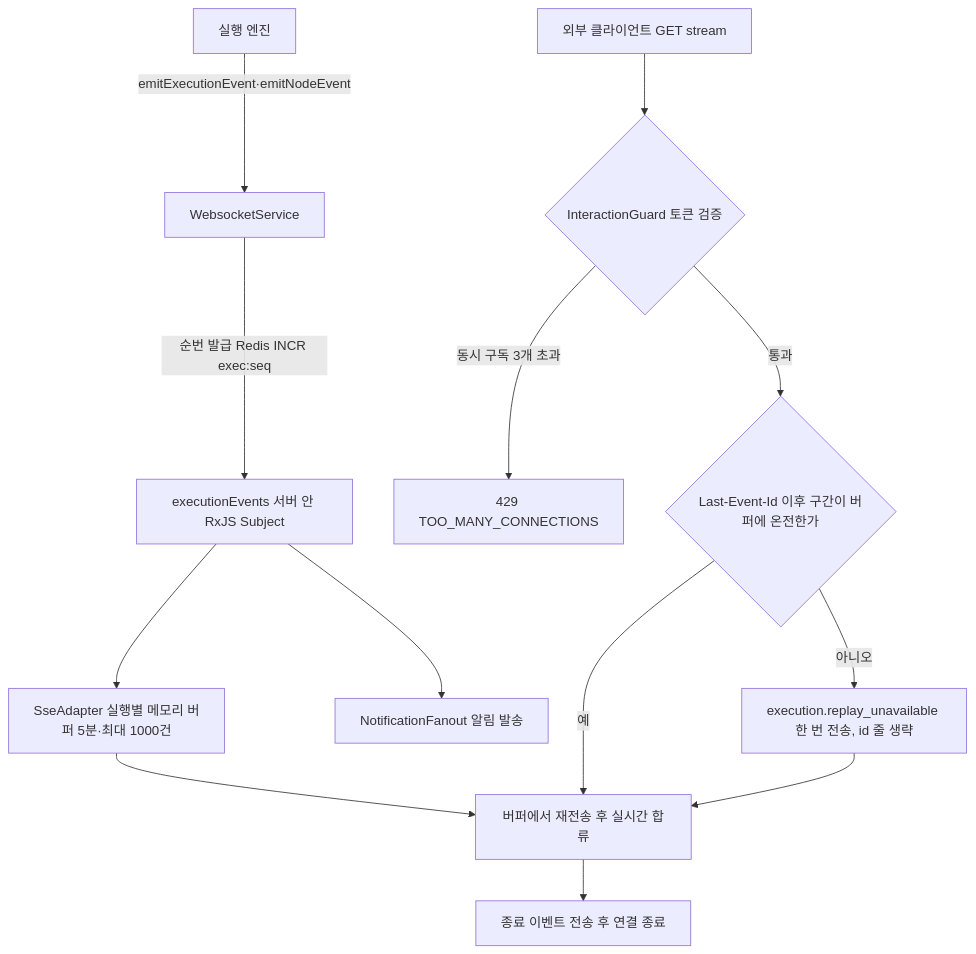
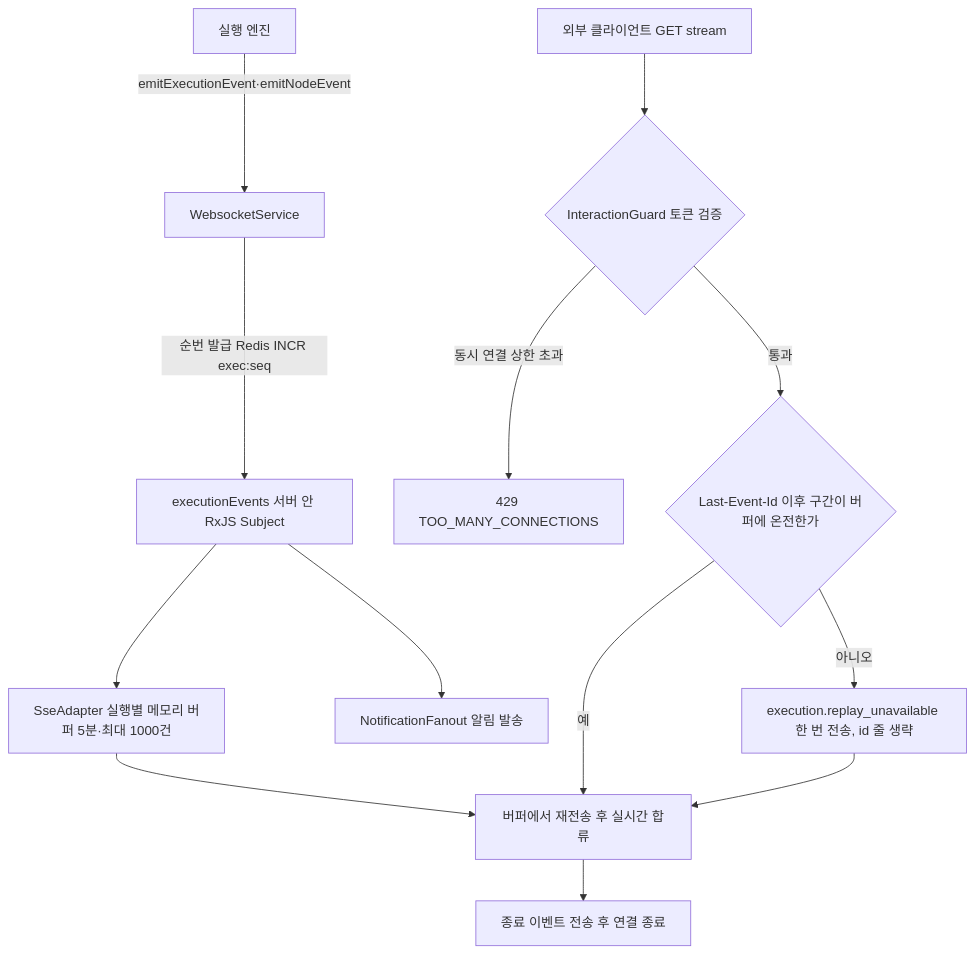
Before and after one commit to worker-ants/clemvion: the third of 7 diagrams in spec/CLE-IX/CLE-EIA-DATA.md, drawn with Mermaid. The commit also changed other lines of this file and 56 other files, not shown here.

````diff
--- a/spec/CLE-IX/CLE-EIA-DATA.md
+++ b/spec/CLE-IX/CLE-EIA-DATA.md
@@ -199,15 +216,15 @@
 ```mermaid
 flowchart TD
   A[실행 엔진] -->|emitExecutionEvent·emitNodeEvent| B[WebsocketService]
   B -->|순번 발급 Redis INCR exec:seq| C[executionEvents 서버 안 RxJS Subject]
   C --> D[SseAdapter 실행별 메모리 버퍼 5분·최대 1000건]
   C --> E[NotificationFanout 알림 발송]
   F[외부 클라이언트 GET stream] --> G{InteractionGuard 토큰 검증}
-  G -->|동시 구독 3개 초과| H[429 TOO_MANY_CONNECTIONS]
+  G -->|동시 연결 상한 초과| H[429 TOO_MANY_CONNECTIONS]
   G -->|통과| I{Last-Event-Id 이후 구간이 버퍼에 온전한가}
   I -->|예| J[버퍼에서 재전송 후 실시간 합류]
   I -->|아니오| K[execution.replay_unavailable 한 번 전송, id 줄 생략]
   D --> J
   J --> L[종료 이벤트 전송 후 연결 종료]
   K --> J
 ```
````
